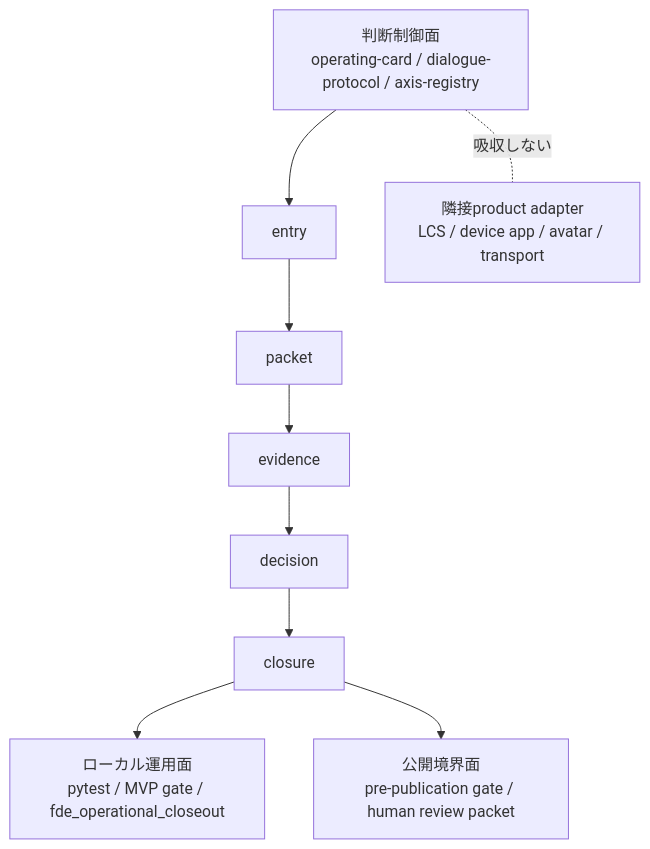
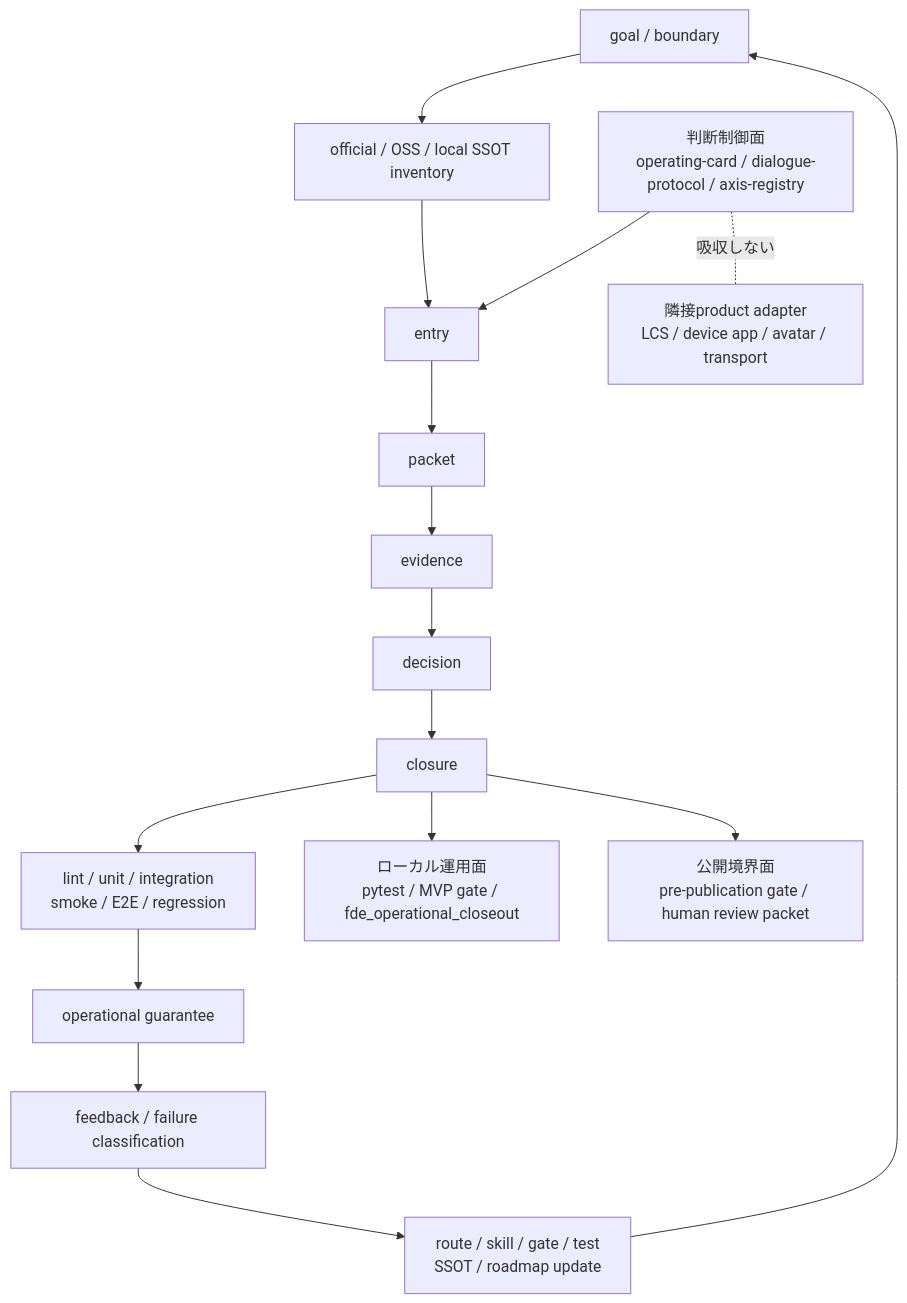
Before and after one commit to nexus-ai-2045/fractal-decision-ecosystem: the first of 2 diagrams in SYSTEM_OVERVIEW.md, drawn with Mermaid. The commit also changed other lines of this file and 22 other files, not shown here.

````diff
--- a/SYSTEM_OVERVIEW.md
+++ b/SYSTEM_OVERVIEW.md
@@ -6,19 +6,26 @@
 ```mermaid
 flowchart TD
+    Goal["goal / boundary"]
+    Inventory["official / OSS / local SSOT inventory"]
     Entry["entry"]
     Packet["packet"]
     Evidence["evidence"]
     Decision["decision"]
     Closure["closure"]
+    Verify["lint / unit / integration<br/>smoke / E2E / regression"]
+    Guarantee["operational guarantee"]
+    Feedback["feedback / failure classification"]
+    Update["route / skill / gate / test<br/>SSOT / roadmap update"]
 
     Control["判断制御面<br/>operating-card / dialogue-protocol / axis-registry"]
     LocalOps["ローカル運用面<br/>pytest / MVP gate / fde_operational_closeout"]
     PublicBoundary["公開境界面<br/>pre-publication gate / human review packet"]
     Adapter["隣接product adapter<br/>LCS / device app / avatar / transport"]
 
-    Entry --> Packet --> Evidence --> Decision --> Closure
+    Goal --> Inventory --> Entry --> Packet --> Evidence --> Decision --> Closure
+    Closure --> Verify --> Guarantee --> Feedback --> Update --> Goal
     Control --> Entry
     Closure --> LocalOps
     Closure --> PublicBoundary
     Control -. 吸収しない .- Adapter
 ```
````
